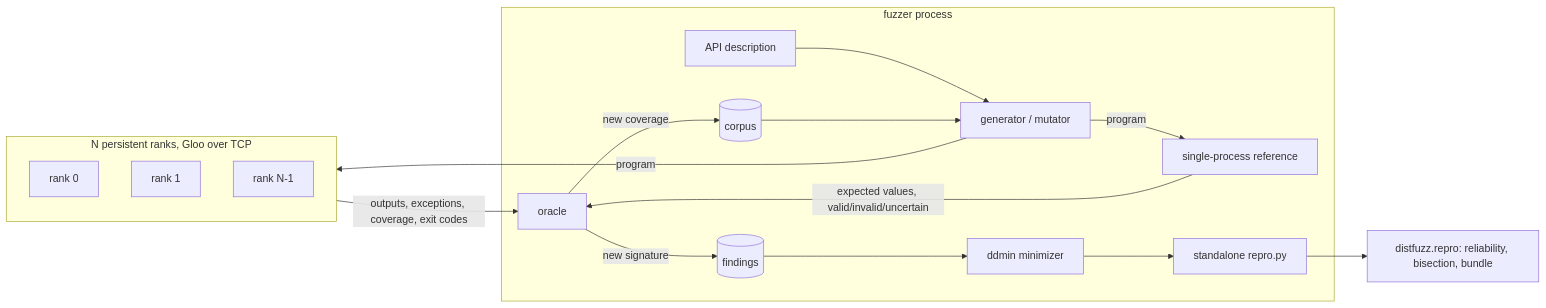
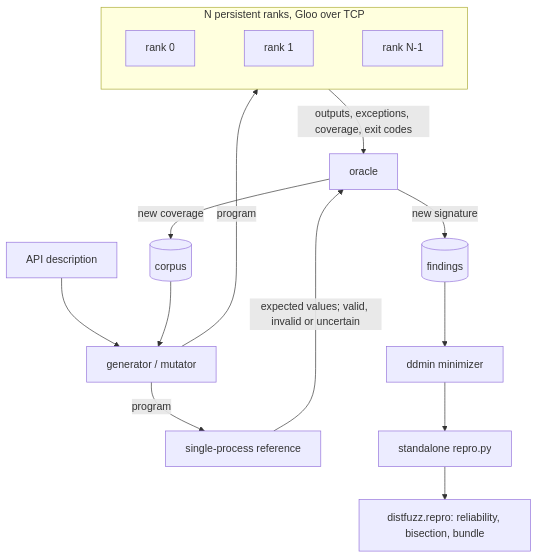
The diagram in README.md (Temilola23/distfuzz), drawn with Mermaid before and after one commit. The commit also changed other lines of this file, not shown here.

Commit message:
docs(readme): lay out the architecture diagram top-down
Claude-Session: https://claude.ai/code/session_014NtuR1vX1TurhUZeGWPB4L

````diff
--- a/README.md
+++ b/README.md
@@ -35,21 +37,17 @@
 ```mermaid
-flowchart LR
-    subgraph fuzzer["fuzzer process"]
-        D[API description] --> G[generator / mutator]
-        K[(corpus)] --> G
-        G -->|program| REF[single-process reference]
-        REF -->|expected values, valid/invalid/uncertain| O[oracle]
-        O -->|new signature| F[(findings)]
-        O -->|new coverage| K
-        F --> MIN[ddmin minimizer]
-        MIN --> RP[standalone repro.py]
+flowchart TB
+    D[API description] --> G[generator / mutator]
+    K[(corpus)] --> G
+    G -->|program| REF[single-process reference]
+    G -->|program| W
+    subgraph W["N persistent ranks, Gloo over TCP"]
+        direction LR
+        R0[rank 0] ~~~ R1[rank 1] ~~~ RN[rank N-1]
     end
-    subgraph world["N persistent ranks, Gloo over TCP"]
-        R0[rank 0]
-        R1[rank 1]
-        RN[rank N-1]
-    end
-    G -->|program| world
-    world -->|outputs, exceptions, coverage, exit codes| O
+    REF -->|expected values; valid, invalid or uncertain| O[oracle]
+    W -->|outputs, exceptions, coverage, exit codes| O
+    O -->|new coverage| K
+    O -->|new signature| F[(findings)]
+    F --> MIN[ddmin minimizer] --> RP[standalone repro.py]
     RP --> B[distfuzz.repro: reliability, bisection, bundle]
 ```
````
